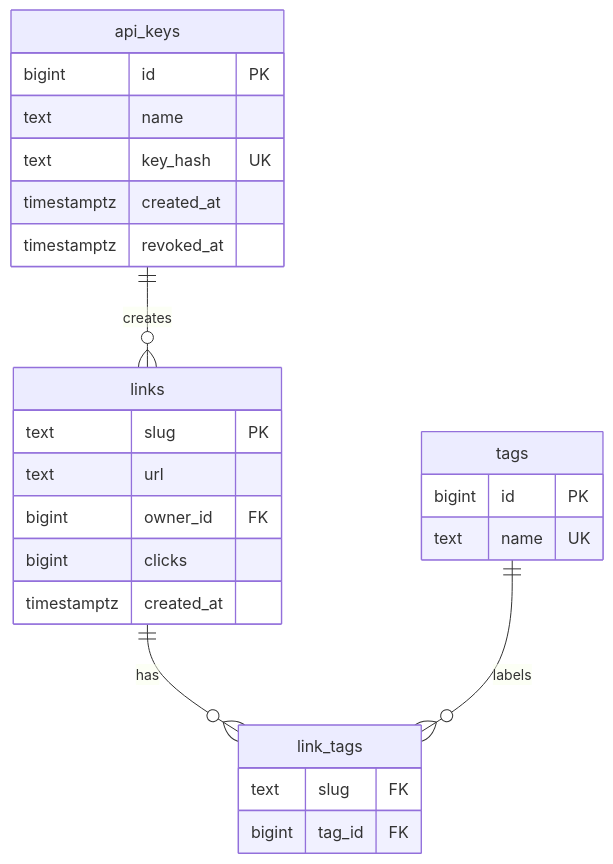
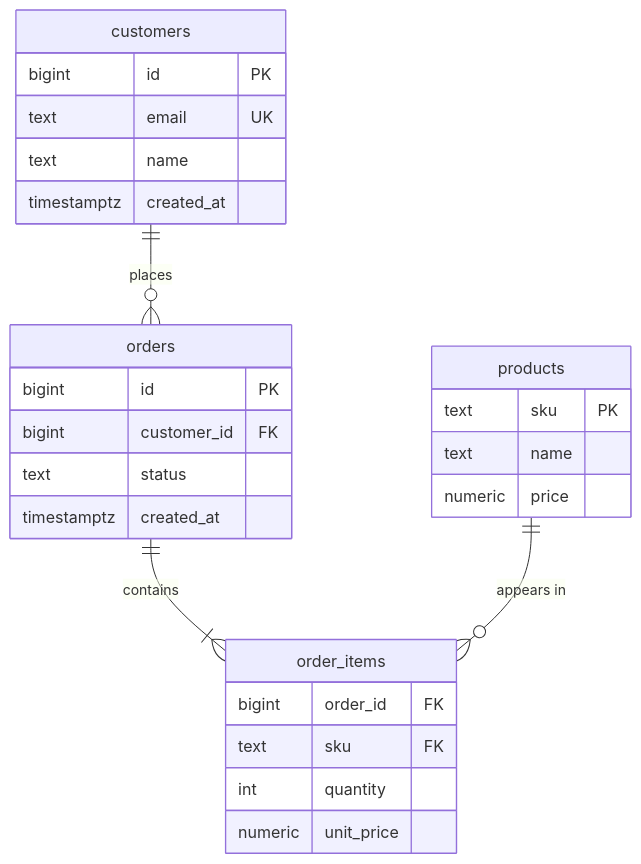
One commit to jawwadzafar/zero-to-prod changed the diagram in docs/data/designing-schemas.mdx. Above: the diagram before and after it, drawn with Mermaid. The commit also changed other lines of this file, not shown here.

````diff
--- a/docs/data/designing-schemas.mdx
+++ b/docs/data/designing-schemas.mdx
@@ -58,28 +90,29 @@
 ```mermaid
 erDiagram
-    api_keys ||--o{ links : "creates"
-    links ||--o{ link_tags : "has"
-    tags ||--o{ link_tags : "labels"
-    api_keys {
+    customers ||--o{ orders : "places"
+    orders ||--|{ order_items : "contains"
+    products ||--o{ order_items : "appears in"
+    customers {
         bigint id PK
+        text email UK
         text name
-        text key_hash UK
-        timestamptz created_at
-        timestamptz revoked_at
-    }
-    links {
-        text slug PK
-        text url
-        bigint owner_id FK
-        bigint clicks
         timestamptz created_at
     }
-    tags {
+    orders {
         bigint id PK
-        text name UK
+        bigint customer_id FK
+        text status
+        timestamptz created_at
     }
-    link_tags {
-        text slug FK
-        bigint tag_id FK
+    order_items {
+        bigint order_id FK
+        text sku FK
+        int quantity
+        numeric unit_price
+    }
+    products {
+        text sku PK
+        text name
+        numeric price
     }
 ```
````
